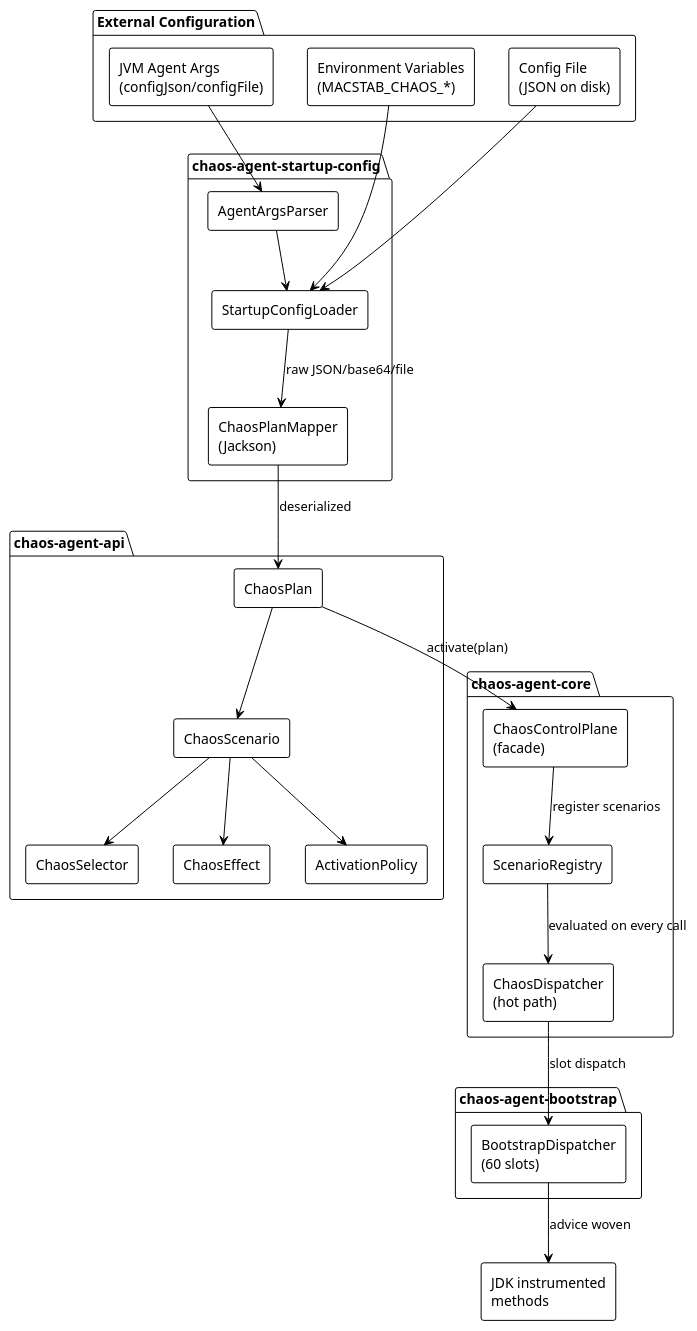
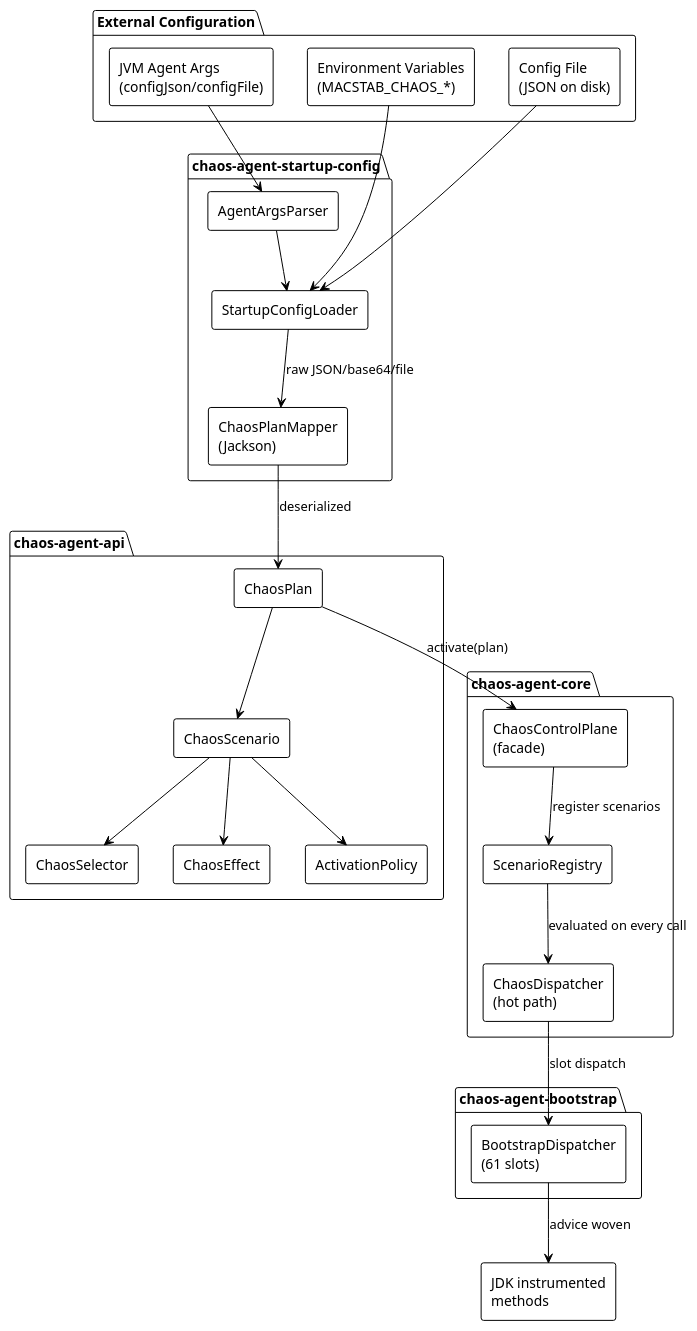
Before and after one commit to macstab/macstab-chaos-jvm-agent: the first of 2 diagrams in docs/configuration-reference.md, drawn with PlantUML. The commit also changed other lines of this file and 22 other files, not shown here.

````diff
--- a/docs/configuration-reference.md
+++ b/docs/configuration-reference.md
@@ -246,52 +246,52 @@
 ```plantuml
 @startuml chaos-config-components
 !theme plain
 skinparam componentStyle rectangle
 
 package "External Configuration" {
   [JVM Agent Args\n(configJson/configFile)] as AgentArgs
   [Environment Variables\n(MACSTAB_CHAOS_*)] as EnvVars
   [Config File\n(JSON on disk)] as ConfigFile
 }
 
 package "chaos-agent-startup-config" {
   [StartupConfigLoader] as SCL
   [AgentArgsParser] as AAP
   [ChaosPlanMapper\n(Jackson)] as CPM
 }
 
 package "chaos-agent-api" {
   [ChaosPlan] as Plan
   [ChaosScenario] as Scenario
   [ChaosSelector] as Selector
   [ChaosEffect] as Effect
   [ActivationPolicy] as Policy
 }
 
 package "chaos-agent-core" {
   [ChaosControlPlane\n(facade)] as CCP
   [ScenarioRegistry] as SR
   [ChaosDispatcher\n(hot path)] as CD
 }
 
 package "chaos-agent-bootstrap" {
-  [BootstrapDispatcher\n(60 slots)] as BD
+  [BootstrapDispatcher\n(61 slots)] as BD
 }
 
 AgentArgs --> AAP
 EnvVars --> SCL
 ConfigFile --> SCL
 AAP --> SCL
 SCL --> CPM : raw JSON/base64/file
 CPM --> Plan : deserialized
 Plan --> Scenario
 Scenario --> Selector
 Scenario --> Effect
 Scenario --> Policy
 Plan --> CCP : activate(plan)
 CCP --> SR : register scenarios
 SR --> CD : evaluated on every call
 CD --> BD : slot dispatch
 BD --> [JDK instrumented\nmethods] : advice woven
 @enduml
 ```
````
